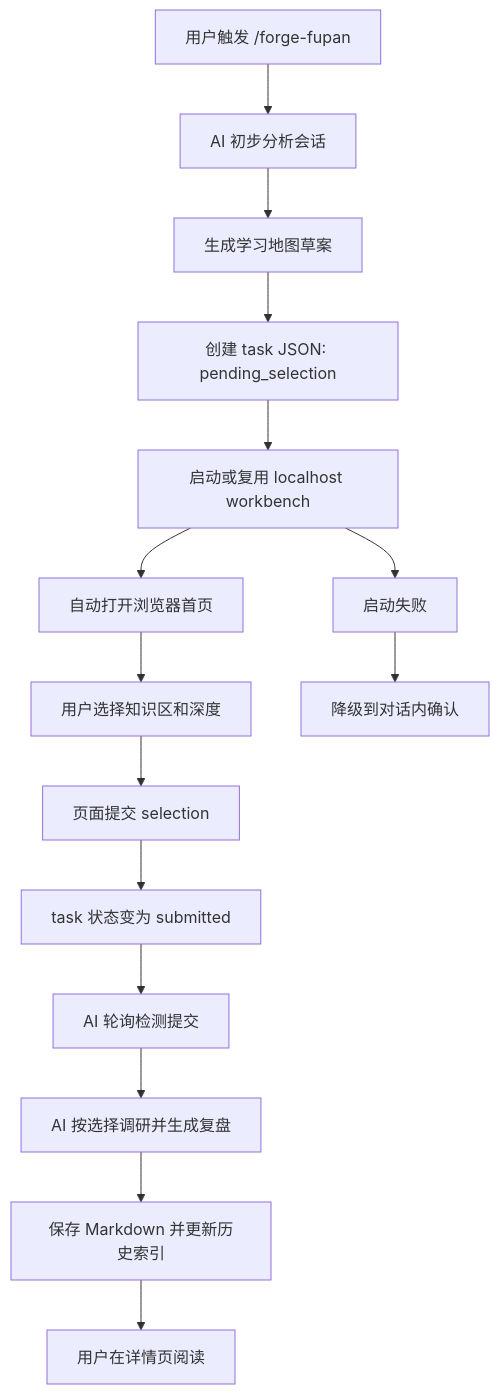
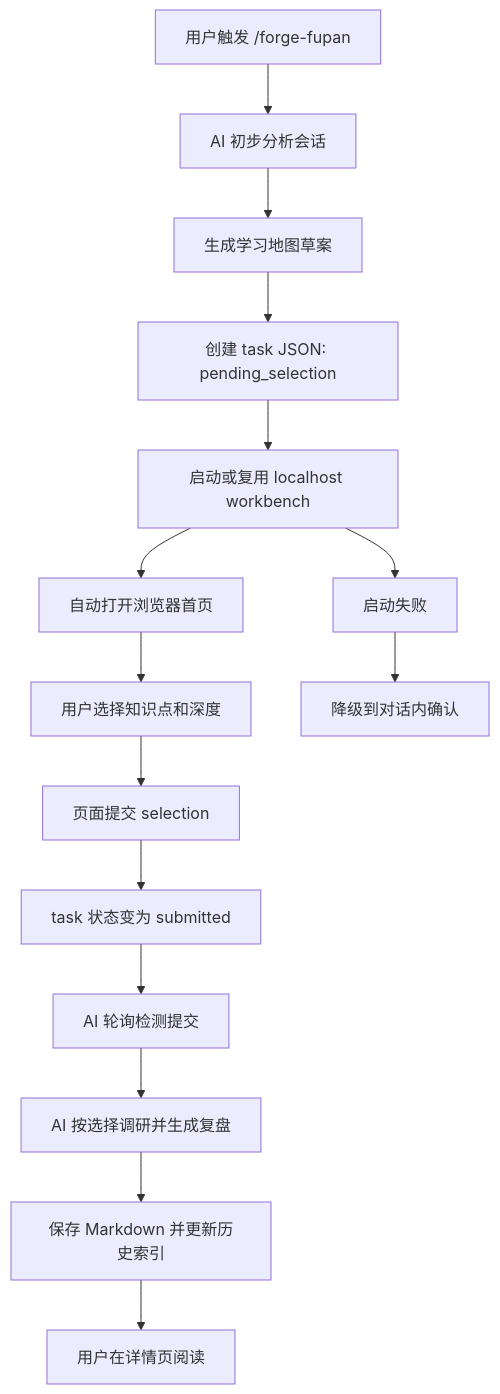
Before and after one commit to yike-gunshi/forge-skills: the diagram in docs/PRD.md, drawn with Mermaid. The commit also changed other lines of this file and 19 other files, not shown here.

````diff
--- a/docs/PRD.md
+++ b/docs/PRD.md
@@ -425,18 +441,18 @@
 ```mermaid
 flowchart TD
   A["用户触发 /forge-fupan"] --> B["AI 初步分析会话"]
   B --> C["生成学习地图草案"]
   C --> D["创建 task JSON: pending_selection"]
   D --> E["启动或复用 localhost workbench"]
   E --> F["自动打开浏览器首页"]
-  F --> G["用户选择知识区和深度"]
+  F --> G["用户选择知识点和深度"]
   G --> H["页面提交 selection"]
   H --> I["task 状态变为 submitted"]
   I --> J["AI 轮询检测提交"]
   J --> K["AI 按选择调研并生成复盘"]
   K --> L["保存 Markdown 并更新历史索引"]
   L --> M["用户在详情页阅读"]
 
   E --> N["启动失败"]
   N --> O["降级到对话内确认"]
 ```
````
